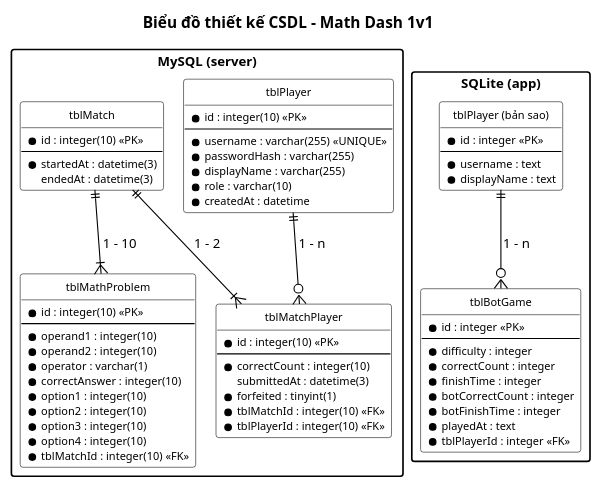
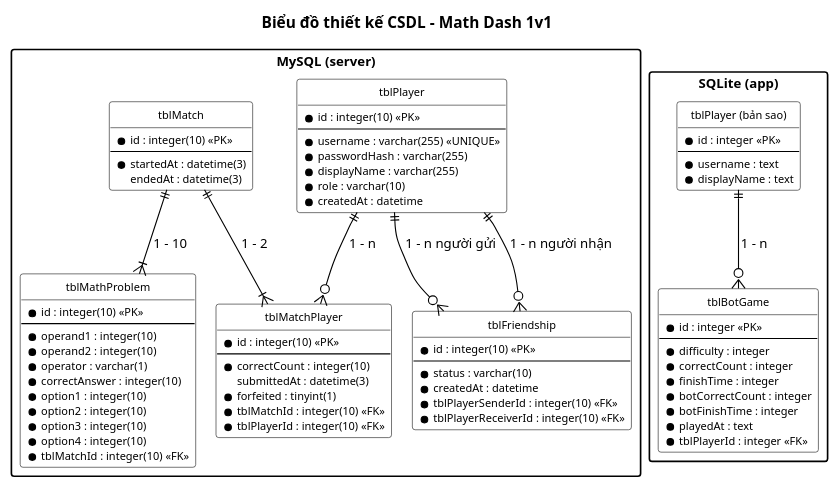
One commit to HungNguyenBa1811/math-dash changed the diagram in docs/chung/csdl.puml. Above: the diagram before and after it, drawn with PlantUML. The commit also changed 12 other files, not shown here.

First line of the commit message:
docs(M1-01,M1-02,M1-03): bản 6: chia lại module, Xem lịch sử đấu gộp bảng xếp hạng, thêm Quản lý bạn bè (Friendship, tblFriendship)

```diff
--- a/docs/chung/csdl.puml
+++ b/docs/chung/csdl.puml
@@ -1,83 +1,93 @@
 @startuml csdl
 !pragma layout smetana
 ' === VP Base Theme v2 ===
 skinparam defaultFontName "Segoe UI"
 skinparam defaultFontSize 12
 skinparam shadowing false
 skinparam arrowColor #000000
 skinparam lineColor #000000
 hide circle
 skinparam class {
   BackgroundColor #FFFFFF
   BorderColor #000000
   FontSize 11
   AttributeFontSize 10
 }
 skinparam packageStyle rectangle
 title Biểu đồ thiết kế CSDL – Math Dash 1v1
 
 package "MySQL (server)" {
   entity "tblPlayer" as SP {
     * id : integer(10) <<PK>>
     --
     * username : varchar(255) <<UNIQUE>>
     * passwordHash : varchar(255)
     * displayName : varchar(255)
     * role : varchar(10)
     * createdAt : datetime
   }
   entity "tblMatch" as SM {
     * id : integer(10) <<PK>>
     --
     * startedAt : datetime(3)
     endedAt : datetime(3)
   }
   entity "tblMathProblem" as SQ {
     * id : integer(10) <<PK>>
     --
     * operand1 : integer(10)
     * operand2 : integer(10)
     * operator : varchar(1)
     * correctAnswer : integer(10)
     * option1 : integer(10)
     * option2 : integer(10)
     * option3 : integer(10)
     * option4 : integer(10)
     * tblMatchId : integer(10) <<FK>>
   }
   entity "tblMatchPlayer" as SMP {
     * id : integer(10) <<PK>>
     --
     * correctCount : integer(10)
     submittedAt : datetime(3)
     * forfeited : tinyint(1)
     * tblMatchId : integer(10) <<FK>>
     * tblPlayerId : integer(10) <<FK>>
   }
+  entity "tblFriendship" as SF {
+    * id : integer(10) <<PK>>
+    --
+    * status : varchar(10)
+    * createdAt : datetime
+    * tblPlayerSenderId : integer(10) <<FK>>
+    * tblPlayerReceiverId : integer(10) <<FK>>
+  }
 }
 
 package "SQLite (app)" {
   entity "tblPlayer (bản sao)" as AP {
     * id : integer <<PK>>
     --
     * username : text
     * displayName : text
   }
   entity "tblBotGame" as ABG {
     * id : integer <<PK>>
     --
     * difficulty : integer
     * correctCount : integer
     * finishTime : integer
     * botCorrectCount : integer
     * botFinishTime : integer
     * playedAt : text
     * tblPlayerId : integer <<FK>>
   }
 }
 
 SM ||--|{ SMP : "1 - 2"
 SM ||--|{ SQ : "1 - 10"
 SP ||--o{ SMP : "1 - n"
+SP ||--o{ SF : "1 - n người gửi"
+SP ||--o{ SF : "1 - n người nhận"
 AP ||--o{ ABG : "1 - n"
 @enduml
```
